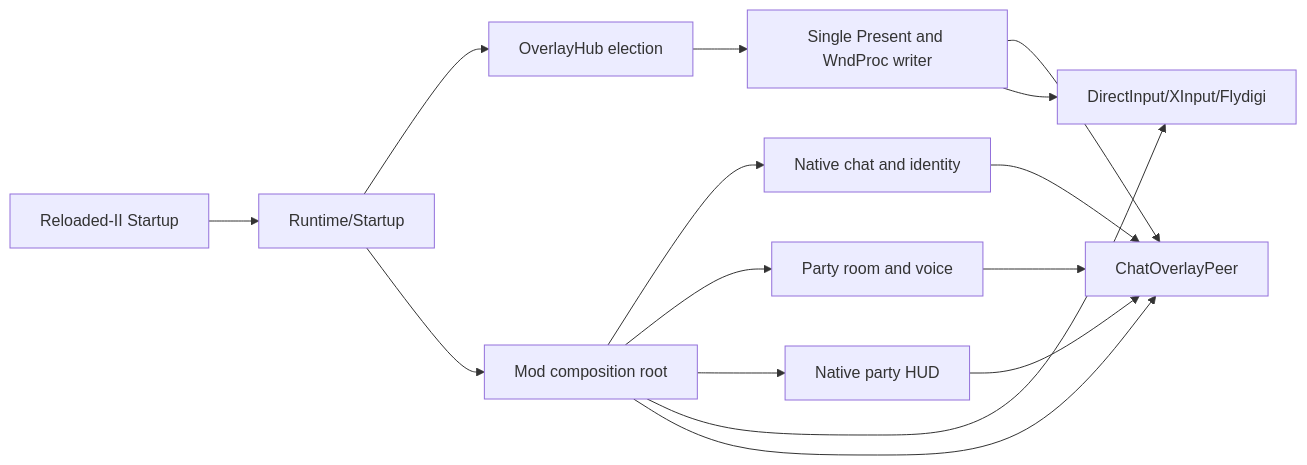
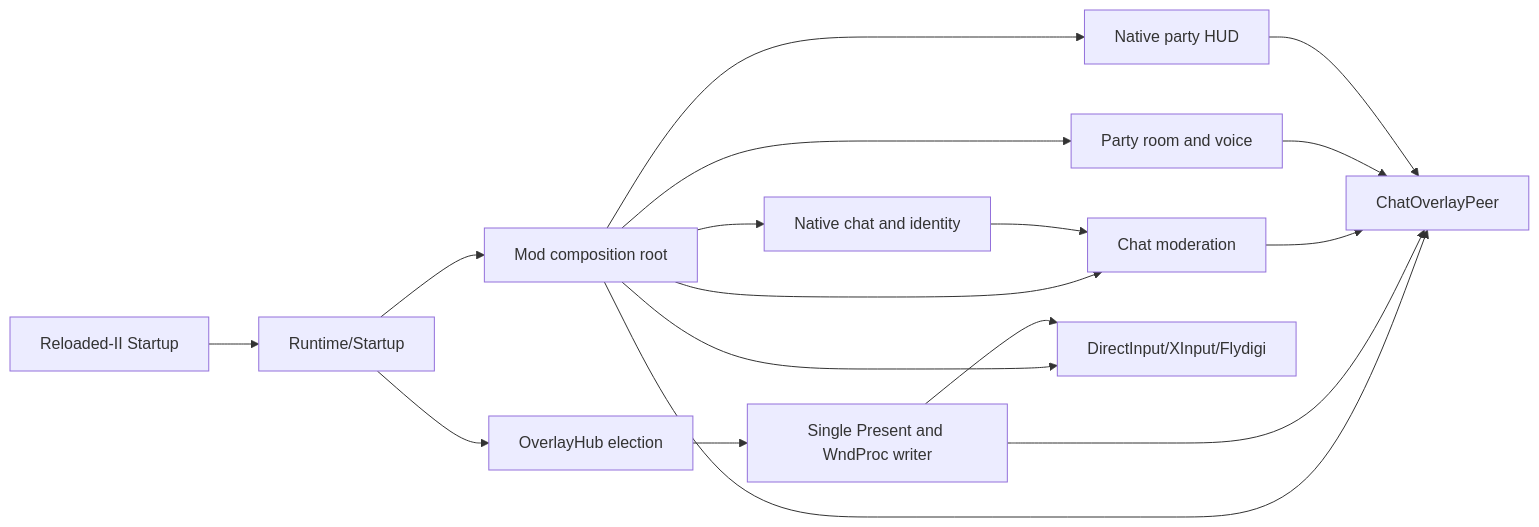
The diagram in docs/architecture/system-overview.md (cajoxorize366-oss/GBFR.ChatOverlay), drawn with Mermaid before and after one commit. The commit also changed other lines of this file and 23 other files, not shown here.

````diff
--- a/docs/architecture/system-overview.md
+++ b/docs/architecture/system-overview.md
@@ -12,17 +12,19 @@
 ```mermaid
 flowchart LR
     R2["Reloaded-II Startup"] --> RT["Runtime/Startup"]
     RT --> HUB["OverlayHub election"]
     RT --> MOD["Mod composition root"]
     MOD --> CHAT["Native chat and identity"]
+    MOD --> FILTER["Chat moderation"]
     MOD --> PARTY["Party room and voice"]
     MOD --> HUD["Native party HUD"]
     MOD --> INPUT["DirectInput/XInput/Flydigi"]
     MOD --> UI["ChatOverlayPeer"]
     HUB --> PRESENT["Single Present and WndProc writer"]
     PRESENT --> UI
     PRESENT --> INPUT
-    CHAT --> UI
+    CHAT --> FILTER
+    FILTER --> UI
     PARTY --> UI
     HUD --> UI
 ```
````
